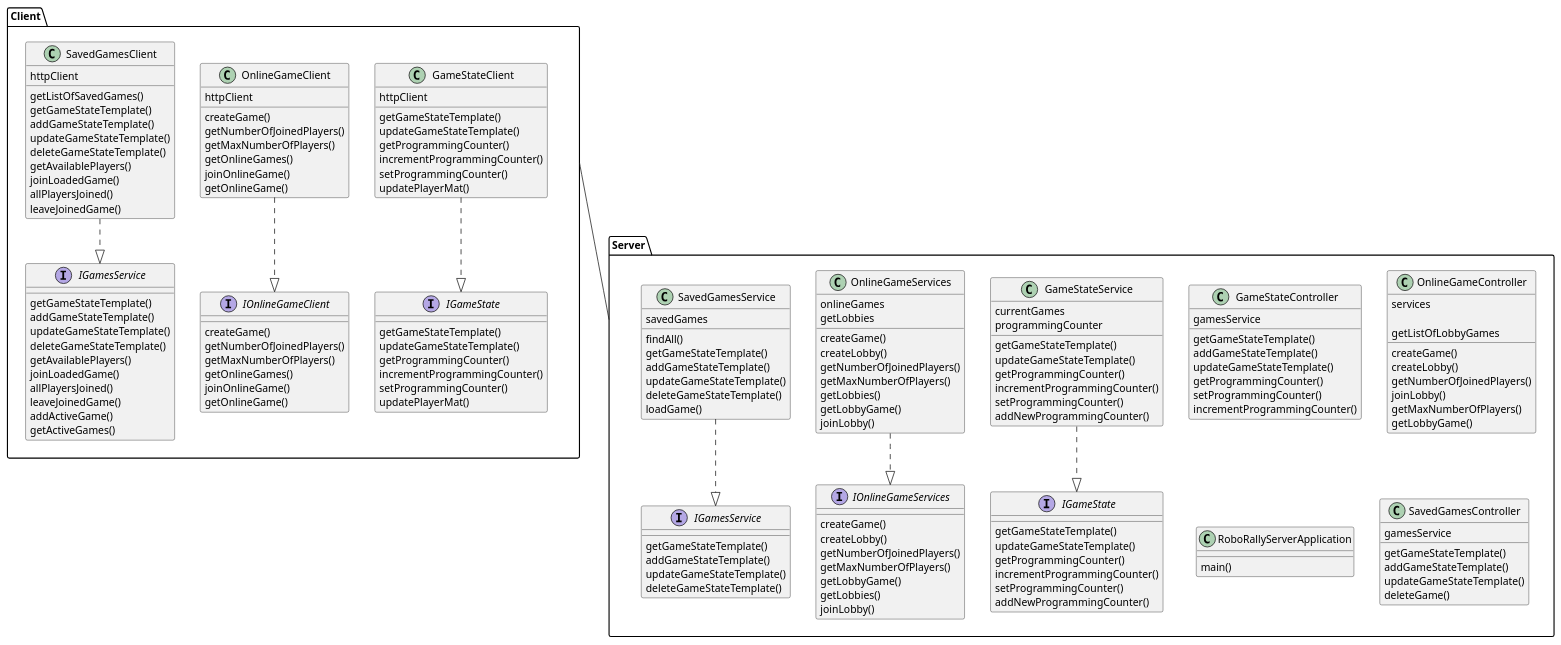
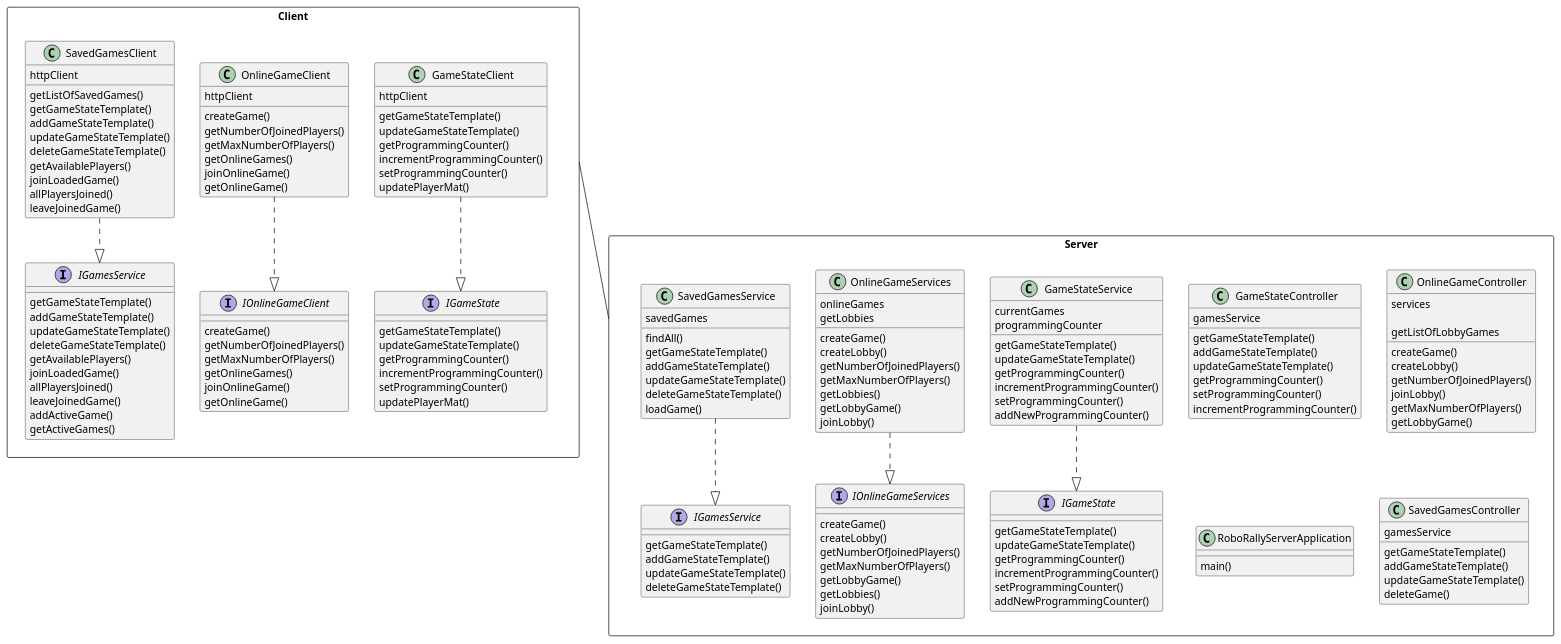
One commit to MarkBidstrup/RoboRally changed the diagram in PlantUML/WebClassDiagram.puml. Above: the diagram before and after it, drawn with PlantUML.

Commit message:
changed package format in diagram

```diff
--- a/PlantUML/WebClassDiagram.puml
+++ b/PlantUML/WebClassDiagram.puml
@@ -1,189 +1,189 @@
 @startuml
 'https://plantuml.com/sequence-diagram
 
-package Client {
+package Client <<Rectangle>>{
     class GameStateClient {
         httpClient
 
         getGameStateTemplate()
         updateGameStateTemplate()
         getProgrammingCounter()
         incrementProgrammingCounter()
         setProgrammingCounter()
         updatePlayerMat()
     }
 
     class OnlineGameClient {
         httpClient
 
         createGame()
         getNumberOfJoinedPlayers()
         getMaxNumberOfPlayers()
         getOnlineGames()
         joinOnlineGame()
         getOnlineGame()
     }
 
     class SavedGamesClient {
         httpClient
 
         getListOfSavedGames()
         getGameStateTemplate()
         addGameStateTemplate()
         updateGameStateTemplate()
         deleteGameStateTemplate()
         getAvailablePlayers()
         joinLoadedGame()
         allPlayersJoined()
         leaveJoinedGame()
     }
 
     interface IGameState {
         getGameStateTemplate()
         updateGameStateTemplate()
         getProgrammingCounter()
         incrementProgrammingCounter()
         setProgrammingCounter()
         updatePlayerMat()
     }
 
     interface IGamesService {
         getGameStateTemplate()
         addGameStateTemplate()
         updateGameStateTemplate()
         deleteGameStateTemplate()
         getAvailablePlayers()
         joinLoadedGame()
         allPlayersJoined()
         leaveJoinedGame()
         addActiveGame()
         getActiveGames()
     }
 
     interface IOnlineGameClient {
         createGame()
         getNumberOfJoinedPlayers()
         getMaxNumberOfPlayers()
         getOnlineGames()
         joinOnlineGame()
         getOnlineGame()
     }
 }
 
-package Server {
+package Server <<Rectangle>>{
     class GameStateController {
         gamesService
 
         getGameStateTemplate()
         addGameStateTemplate()
         updateGameStateTemplate()
         getProgrammingCounter()
         setProgrammingCounter()
         incrementProgrammingCounter()
     }
 
     class GameStateService {
         currentGames
         programmingCounter
 
         getGameStateTemplate()
         updateGameStateTemplate()
         getProgrammingCounter()
         incrementProgrammingCounter()
         setProgrammingCounter()
         addNewProgrammingCounter()
     }
 
     class OnlineGameController {
         services
 
         createGame()
         createLobby()
         getNumberOfJoinedPlayers()
         joinLobby()
         getMaxNumberOfPlayers()
         getLobbyGame()
         getListOfLobbyGames
     }
 
     class OnlineGameServices {
         onlineGames
         getLobbies
 
         createGame()
         createLobby()
         getNumberOfJoinedPlayers()
         getMaxNumberOfPlayers()
         getLobbies()
         getLobbyGame()
         joinLobby()
     }
 
     class RoboRallyServerApplication {
         main()
     }
 
     class SavedGamesController {
         gamesService
 
         getGameStateTemplate()
         addGameStateTemplate()
         updateGameStateTemplate()
         deleteGame()
     }
 
     class SavedGamesService {
         savedGames
 
         findAll()
         getGameStateTemplate()
         addGameStateTemplate()
         updateGameStateTemplate()
         deleteGameStateTemplate()
         loadGame()
     }
 
     interface "IGameState" as ServerIGameState
     interface "IGamesService" as ServerIGamesService
 
     interface ServerIGamesService {
         getGameStateTemplate()
         addGameStateTemplate()
         updateGameStateTemplate()
         deleteGameStateTemplate()
     }
 
     interface ServerIGameState {
         getGameStateTemplate()
         updateGameStateTemplate()
         getProgrammingCounter()
         incrementProgrammingCounter()
         setProgrammingCounter()
         addNewProgrammingCounter()
     }
 
     interface IOnlineGameServices {
         createGame()
         createLobby()
         getNumberOfJoinedPlayers()
         getMaxNumberOfPlayers()
         getLobbyGame()
         getLobbies()
         joinLobby()
     }
 }
 
 /' Client connections '/
 GameStateClient ..|> IGameState
 OnlineGameClient ..|> IOnlineGameClient
 SavedGamesClient ..|> IGamesService
 
 /' Server connections '/
 GameStateService ..|> ServerIGameState
 OnlineGameServices ..|> IOnlineGameServices
 SavedGamesService ..|> ServerIGamesService
 
 /' General connections '/
 Client -- Server
 
 @enduml
```
